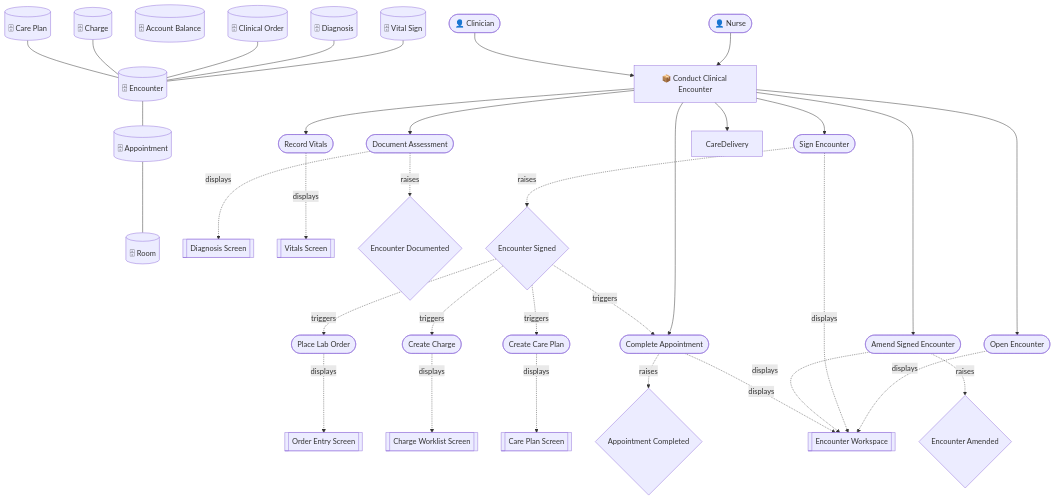
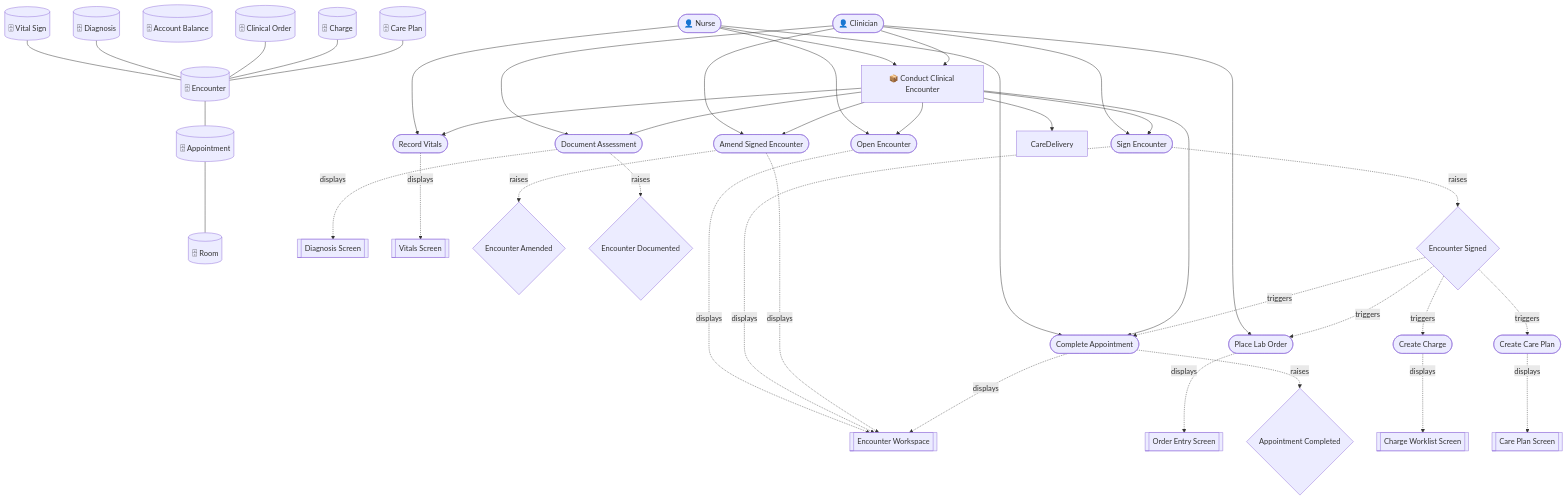
The diagram in samples/clinic-ops/out/buc/rdra_clinical_encounter.mmd (manji-0/rdra-ish-dsl), drawn with Mermaid before and after one commit. The commit also changed 68 other files, not shown here.

Commit message:
fix: scope sequence actors to use cases

```diff
--- a/samples/clinic-ops/out/buc/rdra_clinical_encounter.mmd
+++ b/samples/clinic-ops/out/buc/rdra_clinical_encounter.mmd
@@ -1,65 +1,72 @@
 graph TD
   Clinician(["👤 Clinician"])
   Nurse(["👤 Nurse"])
   AmendEncounter(["Amend Signed Encounter"])
   CompleteAppointment(["Complete Appointment"])
   CreateCarePlan(["Create Care Plan"])
   CreateCharge(["Create Charge"])
   DocumentAssessment(["Document Assessment"])
   OpenEncounter(["Open Encounter"])
   PlaceLabOrder(["Place Lab Order"])
   RecordVitals(["Record Vitals"])
   SignEncounter(["Sign Encounter"])
   BucClinicalEncounter["📦 Conduct Clinical Encounter"]
   AccountBalance[("🗄 Account Balance")]
   Appointment[("🗄 Appointment")]
   CarePlan[("🗄 Care Plan")]
   Charge[("🗄 Charge")]
   ClinicalOrder[("🗄 Clinical Order")]
   Diagnosis[("🗄 Diagnosis")]
   Encounter[("🗄 Encounter")]
   Room[("🗄 Room")]
   VitalSign[("🗄 Vital Sign")]
   CarePlanScreen[["Care Plan Screen"]]
   ChargeWorklistScreen[["Charge Worklist Screen"]]
   DiagnosisScreen[["Diagnosis Screen"]]
   EncounterWorkspaceScreen[["Encounter Workspace"]]
   OrderEntryScreen[["Order Entry Screen"]]
   VitalsScreen[["Vitals Screen"]]
   EvAppointmentCompleted{"Appointment Completed"}
   EvEncounterAmended{"Encounter Amended"}
   EvEncounterDocumented{"Encounter Documented"}
   EvEncounterSigned{"Encounter Signed"}
   Nurse --> BucClinicalEncounter
+  Nurse --> OpenEncounter
+  Nurse --> RecordVitals
+  Nurse --> CompleteAppointment
   Clinician --> BucClinicalEncounter
+  Clinician --> PlaceLabOrder
+  Clinician --> DocumentAssessment
+  Clinician --> SignEncounter
+  Clinician --> AmendEncounter
   BucClinicalEncounter --> CareDelivery
   BucClinicalEncounter --> OpenEncounter
   BucClinicalEncounter --> RecordVitals
   BucClinicalEncounter --> DocumentAssessment
   BucClinicalEncounter --> SignEncounter
   BucClinicalEncounter --> AmendEncounter
   BucClinicalEncounter --> CompleteAppointment
   Appointment --- Room
   Encounter --- Appointment
   VitalSign --- Encounter
   Diagnosis --- Encounter
   ClinicalOrder --- Encounter
   Charge --- Encounter
   CarePlan --- Encounter
   EvEncounterSigned -.->|triggers| PlaceLabOrder
   EvEncounterSigned -.->|triggers| CompleteAppointment
   EvEncounterSigned -.->|triggers| CreateCharge
   EvEncounterSigned -.->|triggers| CreateCarePlan
   PlaceLabOrder -.->|displays| OrderEntryScreen
   OpenEncounter -.->|displays| EncounterWorkspaceScreen
   RecordVitals -.->|displays| VitalsScreen
   DocumentAssessment -.->|raises| EvEncounterDocumented
   DocumentAssessment -.->|displays| DiagnosisScreen
   SignEncounter -.->|raises| EvEncounterSigned
   SignEncounter -.->|displays| EncounterWorkspaceScreen
   AmendEncounter -.->|raises| EvEncounterAmended
   AmendEncounter -.->|displays| EncounterWorkspaceScreen
   CompleteAppointment -.->|raises| EvAppointmentCompleted
   CompleteAppointment -.->|displays| EncounterWorkspaceScreen
   CreateCharge -.->|displays| ChargeWorklistScreen
   CreateCarePlan -.->|displays| CarePlanScreen
```
